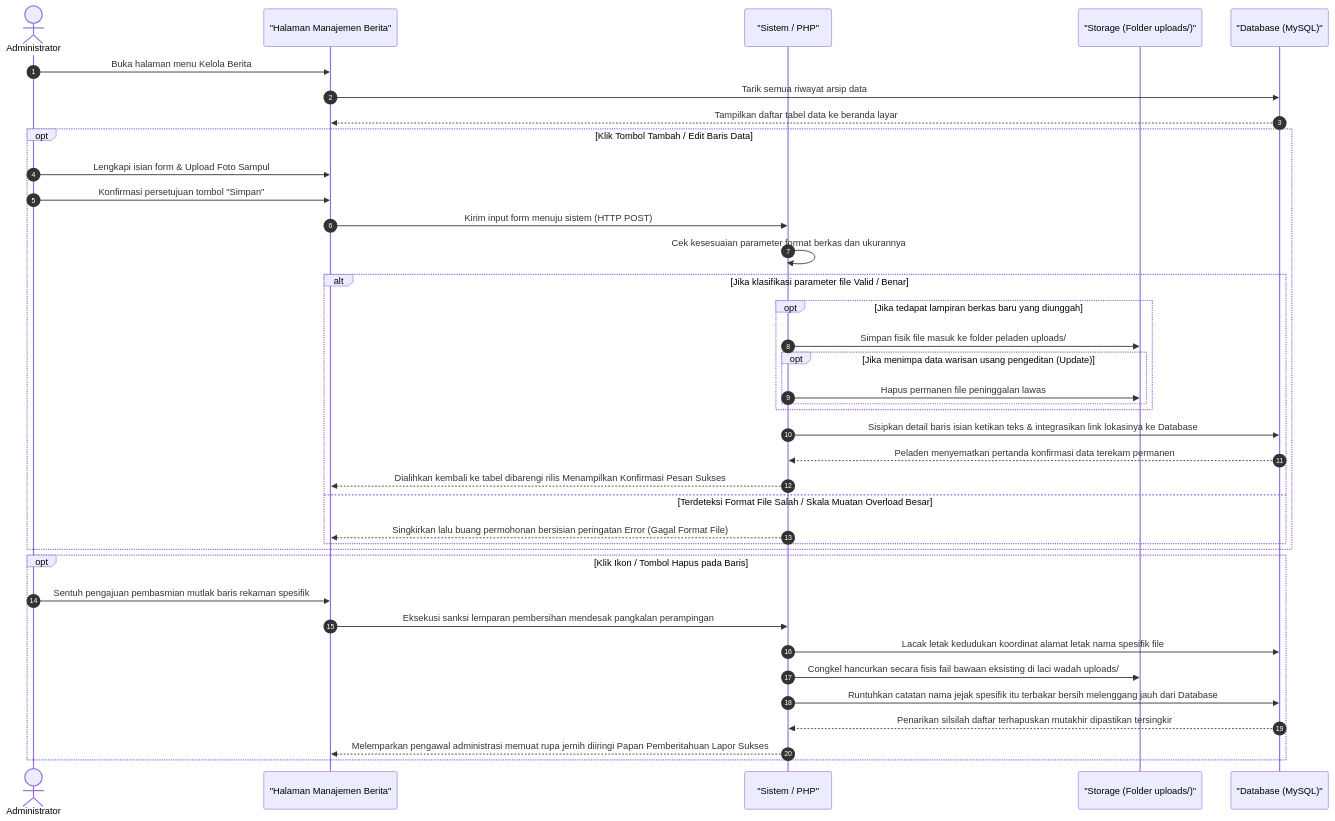
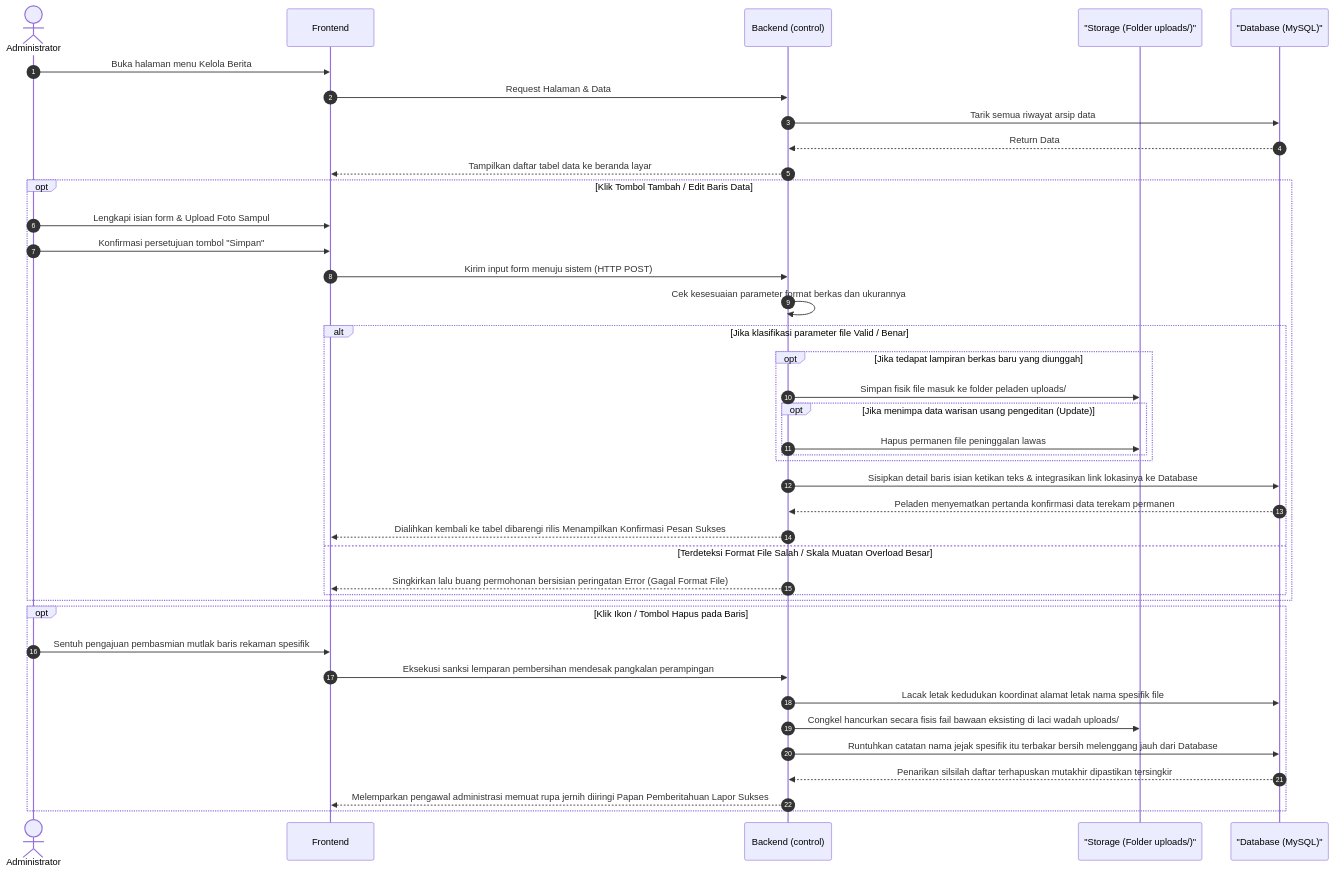
Before and after one commit to arbain-dev/Web_fikom: the third of 17 diagrams in docs/kumpulan_sequence_backend.md, drawn with Mermaid. The commit also changed other lines of this file and 1 other file, not shown here.

Commit message:
docs: standardisasi arsitektur 3 tier (Frontend, Backend, DB) pada seluruh sequence diagram backend

````diff
--- a/docs/kumpulan_sequence_backend.md
+++ b/docs/kumpulan_sequence_backend.md
@@ -80,48 +82,50 @@
 ```mermaid
 sequenceDiagram
     autonumber
     actor Admin as Administrator
-    participant View as "Halaman Manajemen Berita"
-    participant System as "Sistem / PHP"
+    participant Frontend
+    participant Backend as Backend (control)
     participant Server as "Storage (Folder uploads/)"
     participant DB as "Database (MySQL)"
 
-    Admin->>View: Buka halaman menu Kelola Berita
-    View->>DB: Tarik semua riwayat arsip data
-    DB-->>View: Tampilkan daftar tabel data ke beranda layar
+    Admin->>Frontend: Buka halaman menu Kelola Berita
+    Frontend->>Backend: Request Halaman & Data
+    Backend->>DB: Tarik semua riwayat arsip data
+    DB-->>Backend: Return Data
+    Backend-->>Frontend: Tampilkan daftar tabel data ke beranda layar
 
     %% Proses Tambah / Edit
     opt Klik Tombol Tambah / Edit Baris Data
-        Admin->>View: Lengkapi isian form & Upload Foto Sampul
-        Admin->>View: Konfirmasi persetujuan tombol "Simpan"
-        View->>System: Kirim input form menuju sistem (HTTP POST)
+        Admin->>Frontend: Lengkapi isian form & Upload Foto Sampul
+        Admin->>Frontend: Konfirmasi persetujuan tombol "Simpan"
+        Frontend->>Backend: Kirim input form menuju sistem (HTTP POST)
 
-        System->>System: Cek kesesuaian parameter format berkas dan ukurannya
+        Backend->>Backend: Cek kesesuaian parameter format berkas dan ukurannya
         
         alt Jika klasifikasi parameter file Valid / Benar
             opt Jika tedapat lampiran berkas baru yang diunggah
-                System->>Server: Simpan fisik file masuk ke folder peladen uploads/
+                Backend->>Server: Simpan fisik file masuk ke folder peladen uploads/
                 opt Jika menimpa data warisan usang pengeditan (Update)
-                    System->>Server: Hapus permanen file peninggalan lawas
+                    Backend->>Server: Hapus permanen file peninggalan lawas
                 end
             end
             
-            System->>DB: Sisipkan detail baris isian ketikan teks & integrasikan link lokasinya ke Database
-            DB-->>System: Peladen menyematkan pertanda konfirmasi data terekam permanen
-            System-->>View: Dialihkan kembali ke tabel dibarengi rilis Menampilkan Konfirmasi Pesan Sukses
+            Backend->>DB: Sisipkan detail baris isian ketikan teks & integrasikan link lokasinya ke Database
+            DB-->>Backend: Peladen menyematkan pertanda konfirmasi data terekam permanen
+            Backend-->>Frontend: Dialihkan kembali ke tabel dibarengi rilis Menampilkan Konfirmasi Pesan Sukses
         else Terdeteksi Format File Salah / Skala Muatan Overload Besar
-            System-->>View: Singkirkan lalu buang permohonan bersisian peringatan Error (Gagal Format File)
+            Backend-->>Frontend: Singkirkan lalu buang permohonan bersisian peringatan Error (Gagal Format File)
         end
     end
 
     %% Proses Hapus
     opt Klik Ikon / Tombol Hapus pada Baris
-        Admin->>View: Sentuh pengajuan pembasmian mutlak baris rekaman spesifik
-        View->>System: Eksekusi sanksi lemparan pembersihan mendesak pangkalan perampingan
-        System->>DB: Lacak letak kedudukan koordinat alamat letak nama spesifik file 
-        System->>Server: Congkel hancurkan secara fisis fail bawaan eksisting di laci wadah uploads/
-        System->>DB: Runtuhkan catatan nama jejak spesifik itu terbakar bersih melenggang jauh dari Database
-        DB-->>System: Penarikan silsilah daftar terhapuskan mutakhir dipastikan tersingkir
-        System-->>View: Melemparkan pengawal administrasi memuat rupa jernih diiringi Papan Pemberitahuan Lapor Sukses 
+        Admin->>Frontend: Sentuh pengajuan pembasmian mutlak baris rekaman spesifik
+        Frontend->>Backend: Eksekusi sanksi lemparan pembersihan mendesak pangkalan perampingan
+        Backend->>DB: Lacak letak kedudukan koordinat alamat letak nama spesifik file 
+        Backend->>Server: Congkel hancurkan secara fisis fail bawaan eksisting di laci wadah uploads/
+        Backend->>DB: Runtuhkan catatan nama jejak spesifik itu terbakar bersih melenggang jauh dari Database
+        DB-->>Backend: Penarikan silsilah daftar terhapuskan mutakhir dipastikan tersingkir
+        Backend-->>Frontend: Melemparkan pengawal administrasi memuat rupa jernih diiringi Papan Pemberitahuan Lapor Sukses 
     end
 ```
````
